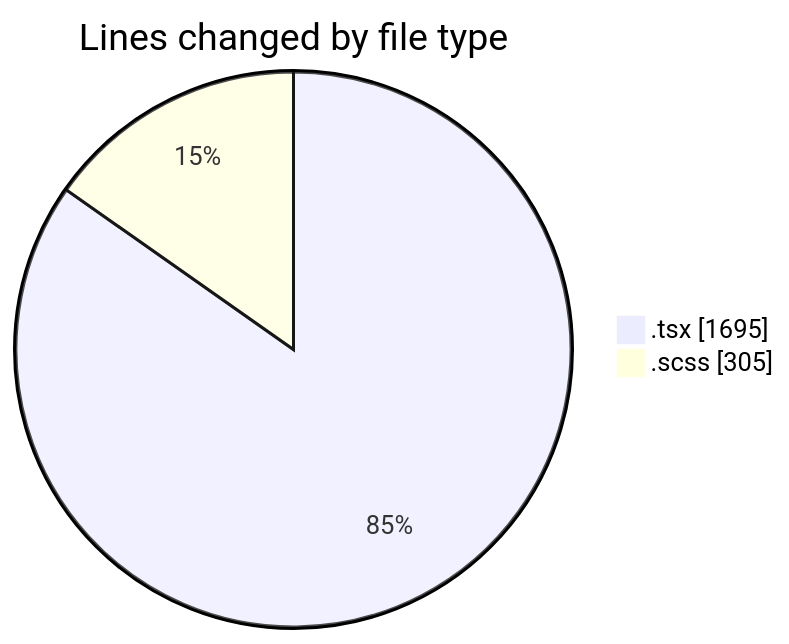
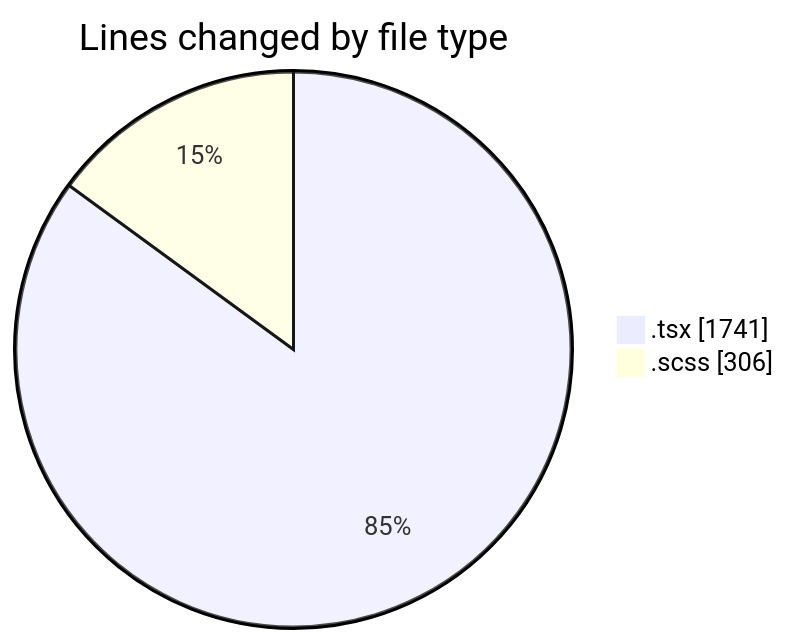
The first of 2 diagrams in 2025-09-30/cda/README.md (momahboobian/code-tracking), drawn with Mermaid before and after one commit. The commit also changed other lines of this file and 1 other file, not shown here.

````diff
--- a/2025-09-30/cda/README.md
+++ b/2025-09-30/cda/README.md
@@ -23,6 +23,6 @@
 ```mermaid
 pie showData
 title Lines changed by file type
-".tsx" : 1695
-".scss" : 305
+".tsx" : 1741
+".scss" : 306
 ```
````
